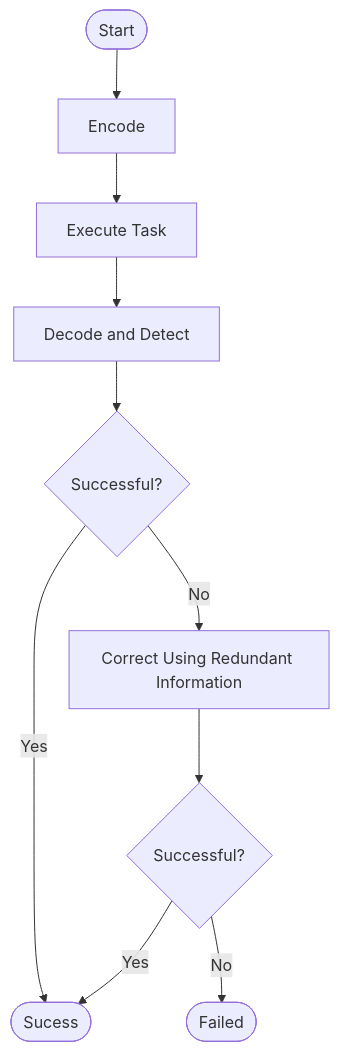
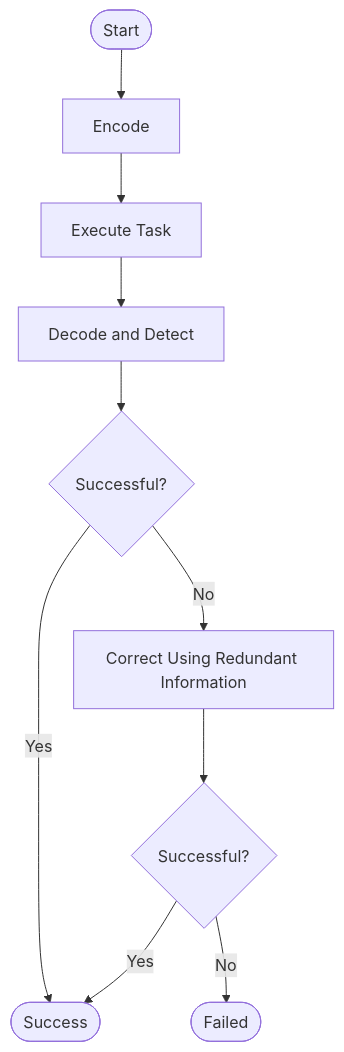
Before and after one commit to ORNL/intersect-architecture: the diagram in sos/logical/resilience/forward_error_correction_code/workflow.mmd, drawn with Mermaid. The commit also changed 7 other files, not shown here.

```diff
--- a/sos/logical/resilience/forward_error_correction_code/workflow.mmd
+++ b/sos/logical/resilience/forward_error_correction_code/workflow.mmd
@@ -1,10 +1,10 @@
 flowchart TD
     A(["Start"]) --> B["Encode"]
     B --> C["Execute Task"]
     C --> D["Decode and Detect"]
     D --> E{"Successful?"}
-    E -->|Yes| F(["Sucess"])
+    E -->|Yes| F(["Success"])
     E -->|No| G["Correct Using Redundant Information"]
     G --> H{"Successful?"}
     H -->|Yes| F
     H -->|No| I(["Failed"])
```
